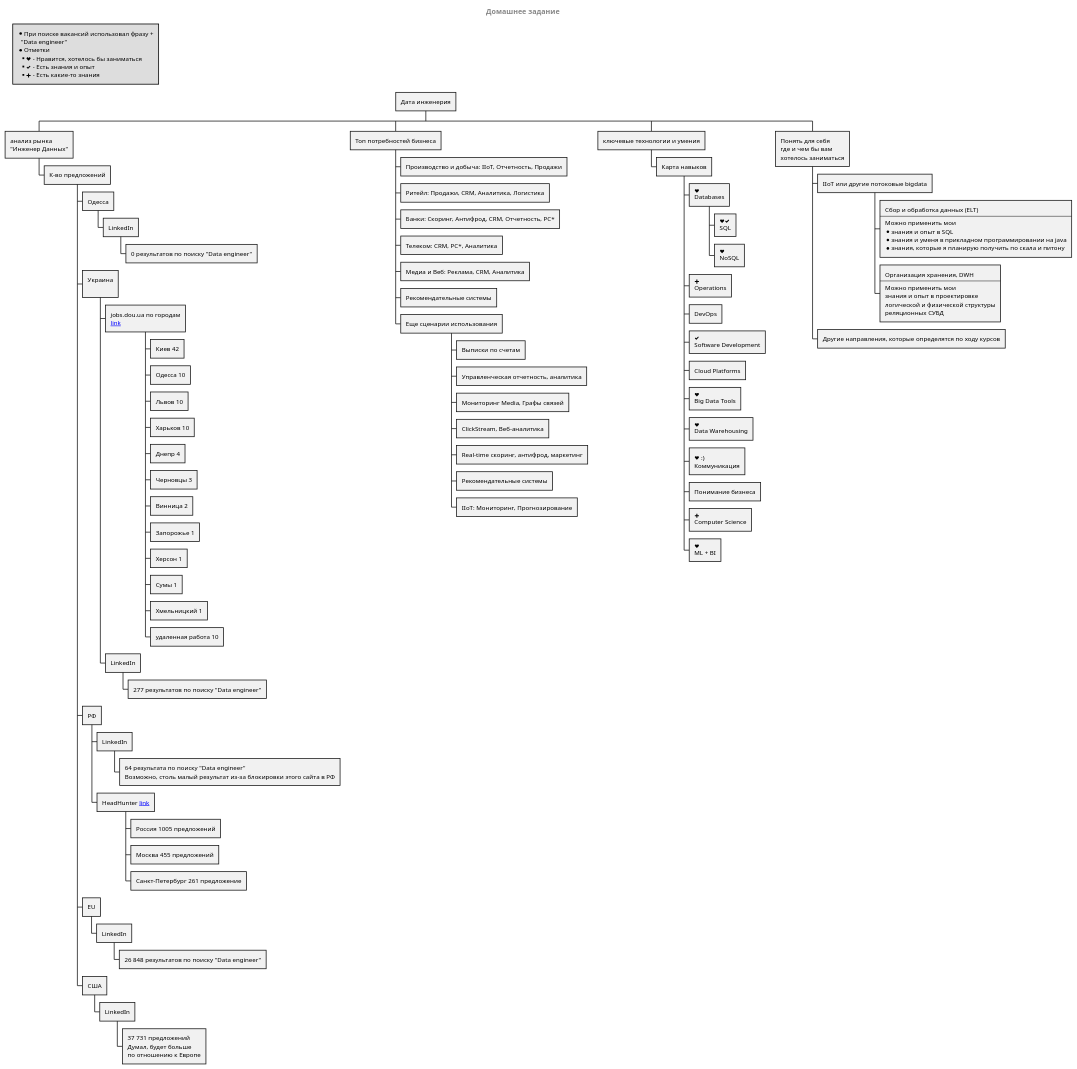
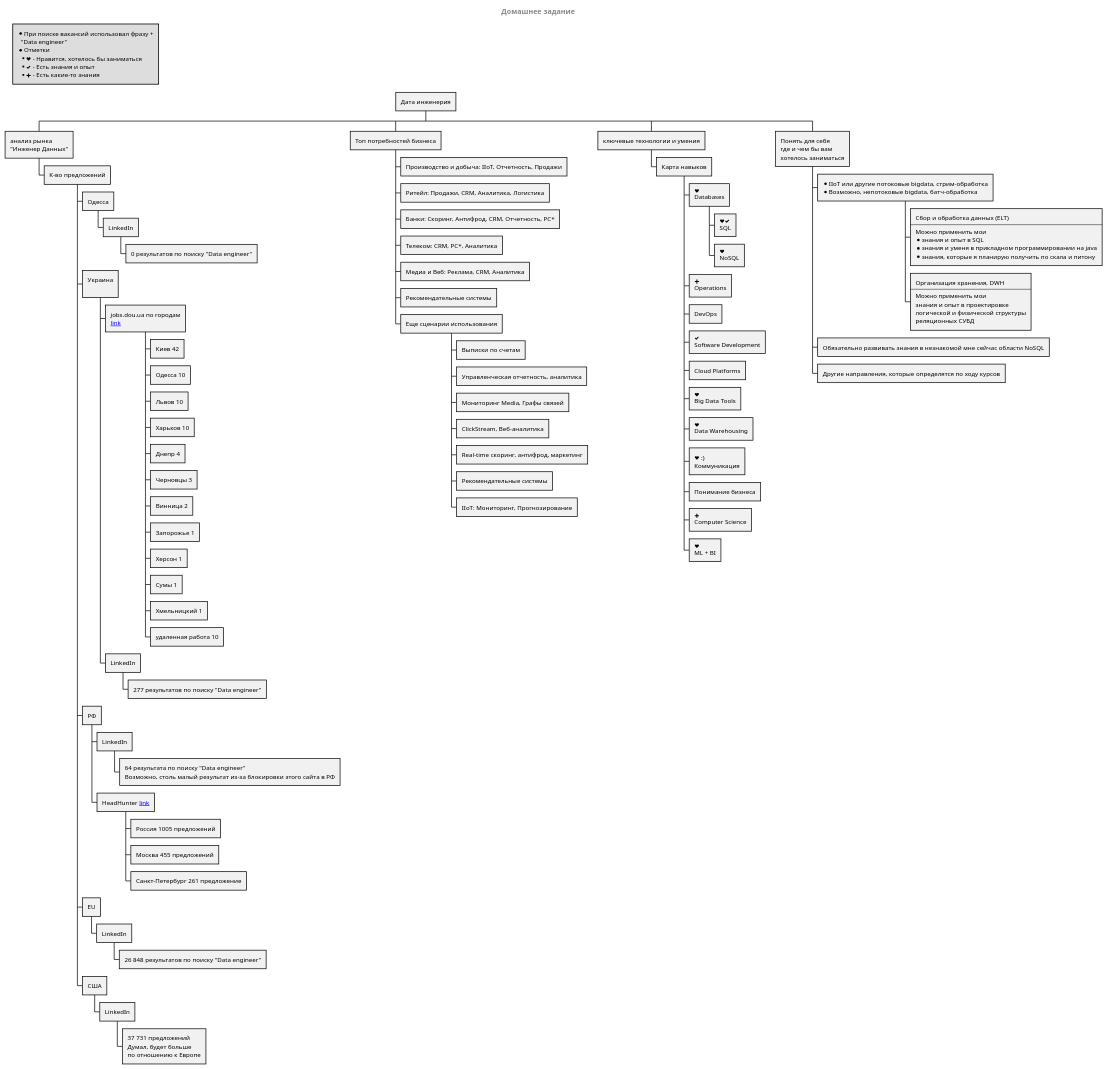
The diagram in home_exercises/ex1/diagram1.puml (tol2000/dataengineerclub), drawn with PlantUML before and after one commit. The commit also changed 1 other file, not shown here.

```diff
--- a/home_exercises/ex1/diagram1.puml
+++ b/home_exercises/ex1/diagram1.puml
@@ -1,91 +1,92 @@
 @startwbs
 
 centerheader
 = Домашнее задание
 endheader
 
 legend top left
 * При поиске вакансий использовал фразу +
   "Data engineer"
 * Отметки
 ** <&heart> - Нравится, хотелось бы заниматься
 ** <&check> - Есть знания и опыт
 ** <&plus> - Есть какие-то знания
 endlegend
 
 * Дата инженерия
 
 ** анализ рынка\n"Инженер Данных"
 *** К-во предложений
 **** Одесса
 ***** LinkedIn
 ****** 0 результатов по поиску "Data engineer"
 **** Украина\n
 ***** jobs.dou.ua по городам\n[[link:https://jobs.dou.ua/vacancies/?category=Data+Science&search=Data+engineer&descr=1 link]]
 ****** Киев 42
 ****** Одесса 10
 ****** Львов 10
 ****** Харьков 10
 ****** Днепр 4
 ****** Черновцы 3
 ****** Винница 2
 ****** Запорожье 1
 ****** Херсон 1
 ****** Сумы 1
 ****** Хмельницкий 1
 ****** удаленная работа 10
 ***** LinkedIn
 ****** 277 результатов по поиску "Data engineer"
 **** РФ
 ***** LinkedIn
 ******  64 результата по поиску "Data engineer"\nВозможно, столь малый результат из-за блокировки этого сайта в РФ
 ***** HeadHunter [[https://hh.ru/search/vacancy?area=1&st=searchVacancy&text=Data+engineer link]]
 ****** Россия 1005 предложений
 ****** Москва 455 предложений
 ****** Санкт-Петербург 261 предложение
 **** EU
 ***** LinkedIn
 ****** 26 848 результатов по поиску "Data engineer"
 **** США
 ***** LinkedIn
 ****** 37 731 предложений\nДумал, будет больше\nпо отношению к Европе
 
 ** Топ потребностей бизнеса
 *** Производство и добыча: IIoT, Отчетность, Продажи
 *** Ритейл: Продажи, CRM, Аналитика, Логистика
 *** Банки: Скоринг, Антифрод, CRM, Отчетность, РС*
 *** Телеком: CRM, РС*, Аналитика
 *** Медиа и Веб: Реклама, CRM, Аналитика
 *** Рекомендательные системы
 *** Еще сценарии использования
 **** Выписки по счетам
 **** Управленческая отчетность, аналитика
 **** Мониторинг Media, Графы связей
 **** ClickStream, Веб-аналитика
 **** Real-time скоринг, антифрод, маркетинг
 **** Рекомендательные системы
 **** IIoT: Мониторинг, Прогнозирование
 
 ** ключевые технологии и умения
 *** Карта навыков
 **** <&heart>\nDatabases
 ***** <&heart><&check>\nSQL
 ***** <&heart>\nNoSQL
 **** <&plus>\nOperations
 **** DevOps
 **** <&check>\nSoftware Development
 **** Cloud Platforms
 **** <&heart>\nBig Data Tools
 **** <&heart>\nData Warehousing
 **** <&heart> :)\nКоммуникация
 **** Понимание бизнеса
 **** <&plus>\nComputer Science
 **** <&heart>\nML + BI
 
 ** Понять для себя\nгде и чем бы вам\nхотелось заниматься
-*** IIoT или другие потоковые bigdata
+*** * IIoT или другие потоковые bigdata, стрим-обработка\n* Возможно, непотоковые bigdata, батч-обработка
 **** Cбор и обработка данных (ELT)\n----\nМожно применить мои\n* знания и опыт в SQL\n* знания и уменя в прикладном программировании на java\n* знания, которые я планирую получить по скала и питону
 **** Организация хранения, DWH\n----\nМожно применить мои\nзнания и опыт в проектировке\nлогической и физической структуры\nреляционных СУБД
+*** Обязательно развивать знания в незнакомой мне сейчас области NoSQL
 *** Другие направления, которые определятся по ходу курсов
 
 @endwbs
```
